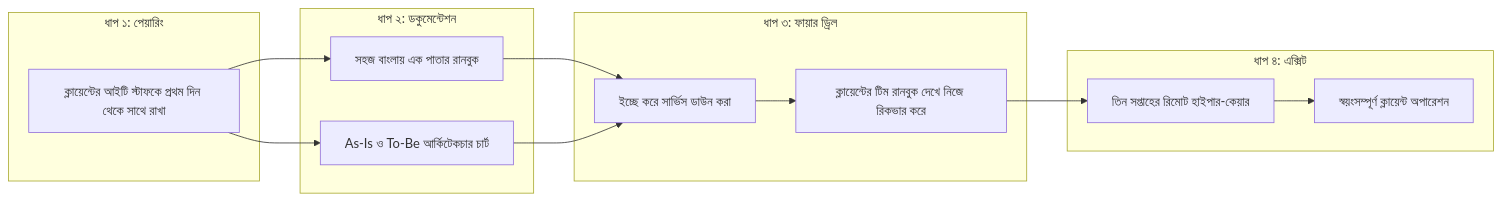
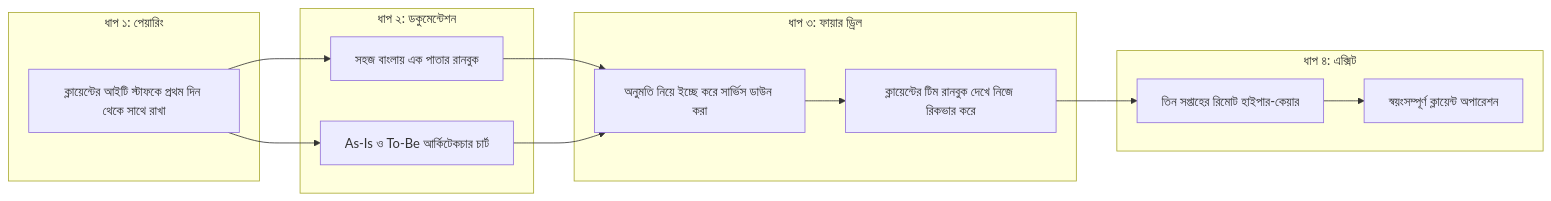
The diagram in docs/conclusion/index.md (aiwithr/fde_book), drawn with Mermaid before and after one commit. The commit also changed other lines of this file and 3 other files, not shown here.

````diff
--- a/docs/conclusion/index.md
+++ b/docs/conclusion/index.md
@@ -22,29 +25,29 @@
 ```mermaid
 flowchart LR
     subgraph P1["ধাপ ১: পেয়ারিং"]
         A1["ক্লায়েন্টের আইটি স্টাফকে প্রথম দিন থেকে সাথে রাখা"]
     end
 
     subgraph P2["ধাপ ২: ডকুমেন্টেশন"]
         B1["সহজ বাংলায় এক পাতার রানবুক"]
         B2["As-Is ও To-Be আর্কিটেকচার চার্ট"]
     end
 
     subgraph P3["ধাপ ৩: ফায়ার ড্রিল"]
-        C1["ইচ্ছে করে সার্ভিস ডাউন করা"]
+        C1["অনুমতি নিয়ে ইচ্ছে করে সার্ভিস ডাউন করা"]
         C2["ক্লায়েন্টের টিম রানবুক দেখে নিজে রিকভার করে"]
     end
 
     subgraph P4["ধাপ ৪: এক্সিট"]
         D1["তিন সপ্তাহের রিমোট হাইপার-কেয়ার"]
         D2["স্বয়ংসম্পূর্ণ ক্লায়েন্ট অপারেশন"]
     end
 
     A1 --> B1
     A1 --> B2
     B1 --> C1
     B2 --> C1
     C1 --> C2
     C2 --> D1
     D1 --> D2
 ```
````
